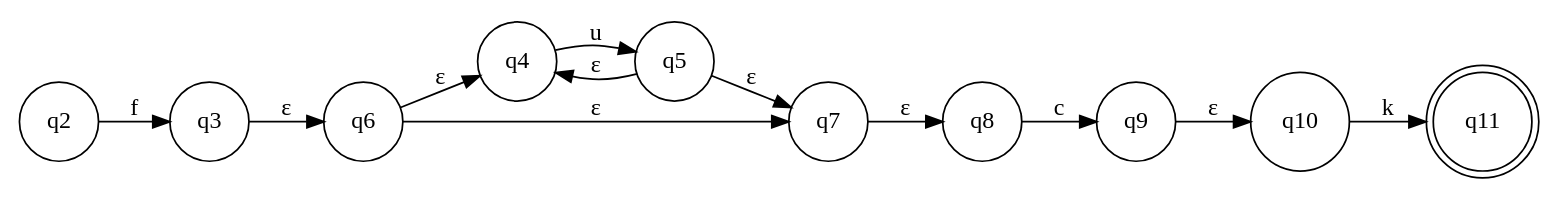
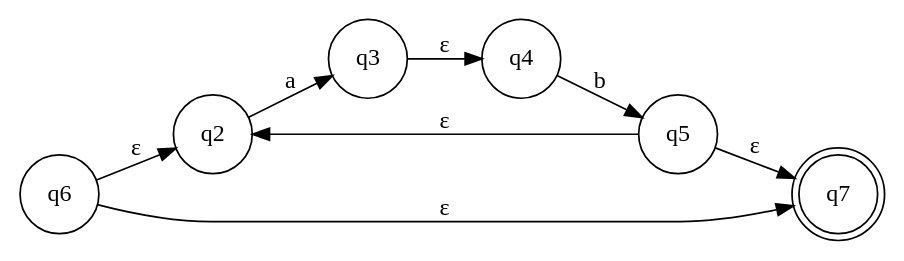
Before and after one commit to KevOub/automata-project: the diagram in test.png.gv, drawn with Graphviz. The commit also changed 10 other files, not shown here.

```diff
--- a/test.png.gv
+++ b/test.png.gv
@@ -1,24 +1,16 @@
 digraph "test.png" {
 	graph [rankdir=LR]
 	q2 [label=q2 shape=circle]
 	q3 [label=q3 shape=circle]
 	q4 [label=q4 shape=circle]
 	q5 [label=q5 shape=circle]
 	q6 [label=q6 shape=circle]
-	q7 [label=q7 shape=circle]
-	q8 [label=q8 shape=circle]
-	q9 [label=q9 shape=circle]
-	q10 [label=q10 shape=circle]
-	q11 [label=q11 shape=doublecircle]
-	q2 -> q3 [label=f]
-	q3 -> q6 [label="ε"]
-	q4 -> q5 [label=u]
-	q5 -> q4 [label="ε"]
+	q7 [label=q7 shape=doublecircle]
+	q2 -> q3 [label=a]
+	q3 -> q4 [label="ε"]
+	q4 -> q5 [label=b]
+	q5 -> q2 [label="ε"]
 	q5 -> q7 [label="ε"]
-	q6 -> q4 [label="ε"]
+	q6 -> q2 [label="ε"]
 	q6 -> q7 [label="ε"]
-	q7 -> q8 [label="ε"]
-	q8 -> q9 [label=c]
-	q9 -> q10 [label="ε"]
-	q10 -> q11 [label=k]
 }
```
